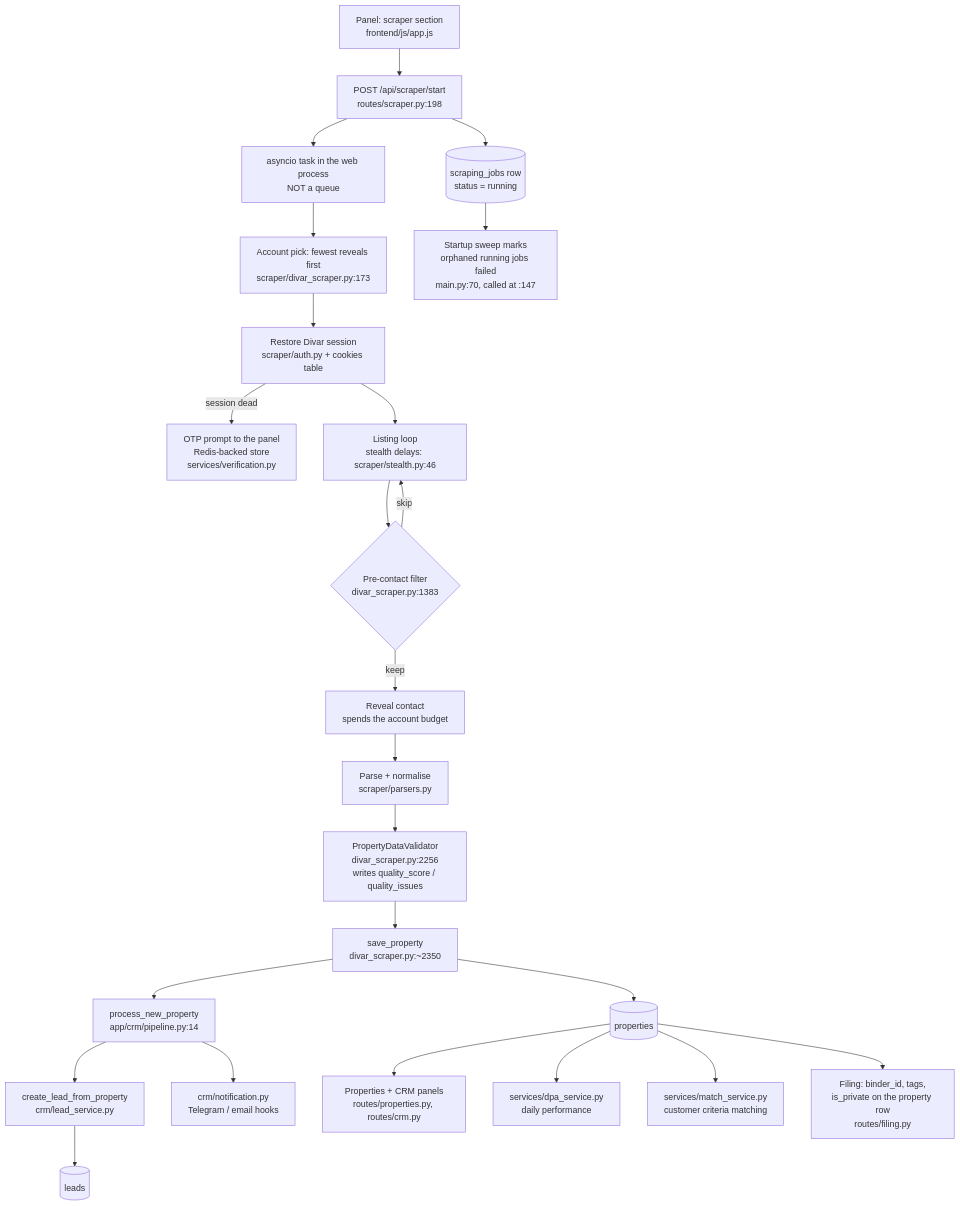
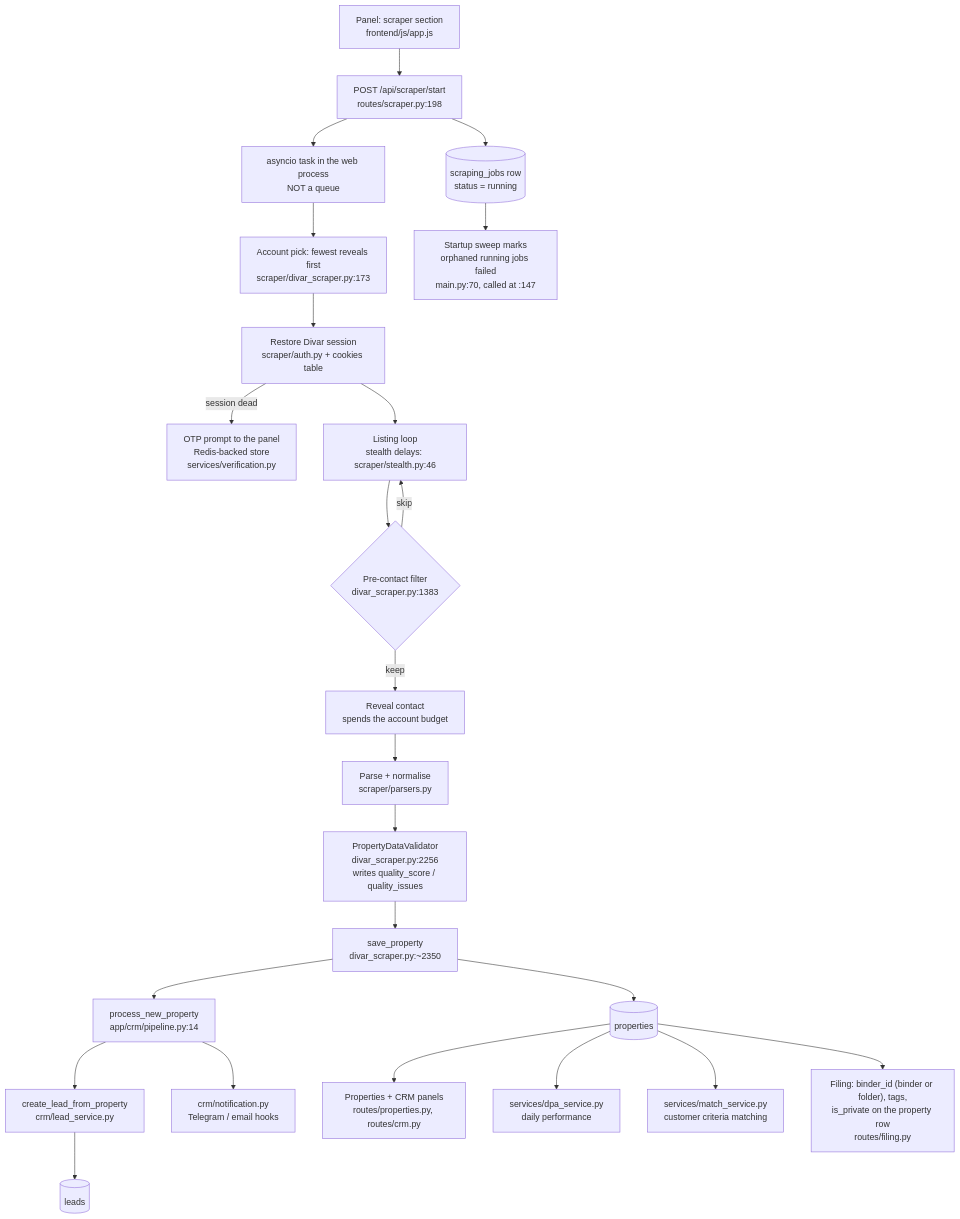
Before and after one commit to Tecso-Dev/SorinFlow-DaTA-mAmager: the fourth of 5 diagrams in README.md, drawn with Mermaid. The commit also changed other lines of this file and 10 other files, not shown here.

````diff
--- a/README.md
+++ b/README.md
@@ -213,32 +213,32 @@
 ```mermaid
 flowchart TD
     UI["Panel: scraper section<br/>frontend/js/app.js"] --> START["POST /api/scraper/start<br/>routes/scraper.py:198"]
     START --> JOB[("scraping_jobs row<br/>status = running")]
     START --> TASK["asyncio task in the web process<br/>NOT a queue"]
 
     TASK --> ACC["Account pick: fewest reveals first<br/>scraper/divar_scraper.py:173"]
     ACC --> SESS["Restore Divar session<br/>scraper/auth.py + cookies table"]
     SESS -->|"session dead"| OTP["OTP prompt to the panel<br/>Redis-backed store<br/>services/verification.py"]
 
     SESS --> LOOP["Listing loop<br/>stealth delays: scraper/stealth.py:46"]
     LOOP --> PRE{"Pre-contact filter<br/>divar_scraper.py:1383"}
     PRE -->|"skip"| LOOP
     PRE -->|"keep"| REV["Reveal contact<br/>spends the account budget"]
 
     REV --> PARSE["Parse + normalise<br/>scraper/parsers.py"]
     PARSE --> VAL["PropertyDataValidator<br/>divar_scraper.py:2256<br/>writes quality_score / quality_issues"]
     VAL --> SAVE["save_property<br/>divar_scraper.py:~2350"]
     SAVE --> P[("properties")]
 
     SAVE --> PIPE["process_new_property<br/>app/crm/pipeline.py:14"]
     PIPE --> LEAD["create_lead_from_property<br/>crm/lead_service.py"]
     LEAD --> L[("leads")]
     PIPE --> NOTE["crm/notification.py<br/>Telegram / email hooks"]
 
     P --> PANEL["Properties + CRM panels<br/>routes/properties.py, routes/crm.py"]
     P --> DPA["services/dpa_service.py<br/>daily performance"]
     P --> MATCH["services/match_service.py<br/>customer criteria matching"]
-    P --> FILE["Filing: binder_id, tags,<br/>is_private on the property row<br/>routes/filing.py"]
+    P --> FILE["Filing: binder_id (binder or folder), tags,<br/>is_private on the property row<br/>routes/filing.py"]
 
     JOB --> ORPH["Startup sweep marks<br/>orphaned running jobs failed<br/>main.py:70, called at :147"]
 ```
````
